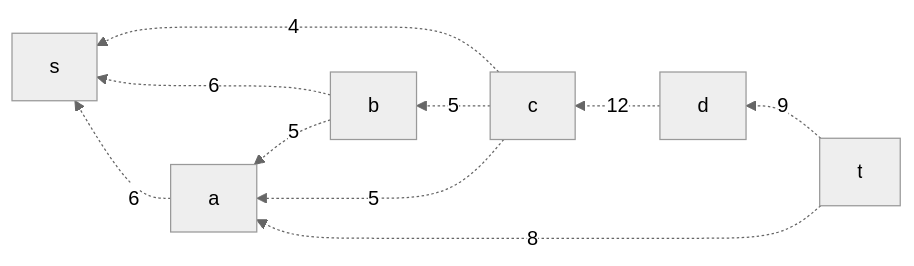
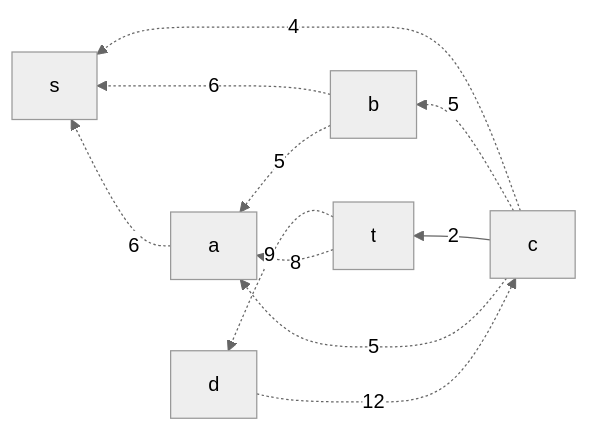
The third of 14 diagrams in task-9/tbd-v2.md (hse-algo-24-raven/manual-tasks-raven), drawn with Mermaid (neutral theme) before and after one commit. The commit also changed other lines of this file, not shown here.

Commit message:
graphs fix

````diff
--- a/task-9/tbd-v2.md
+++ b/task-9/tbd-v2.md
@@ -45,12 +45,13 @@
 ```mermaid
 graph RL
     a-.->|6|s
     b-.->|6|s
     c-.->|4|s
     b-.->|5|a
     c-.->|5|b
     d-.->|12|c
+    c-->|2|t
     t-.->|9|d
     c-.->|5|a
     t-.->|8|a
 ```
````
